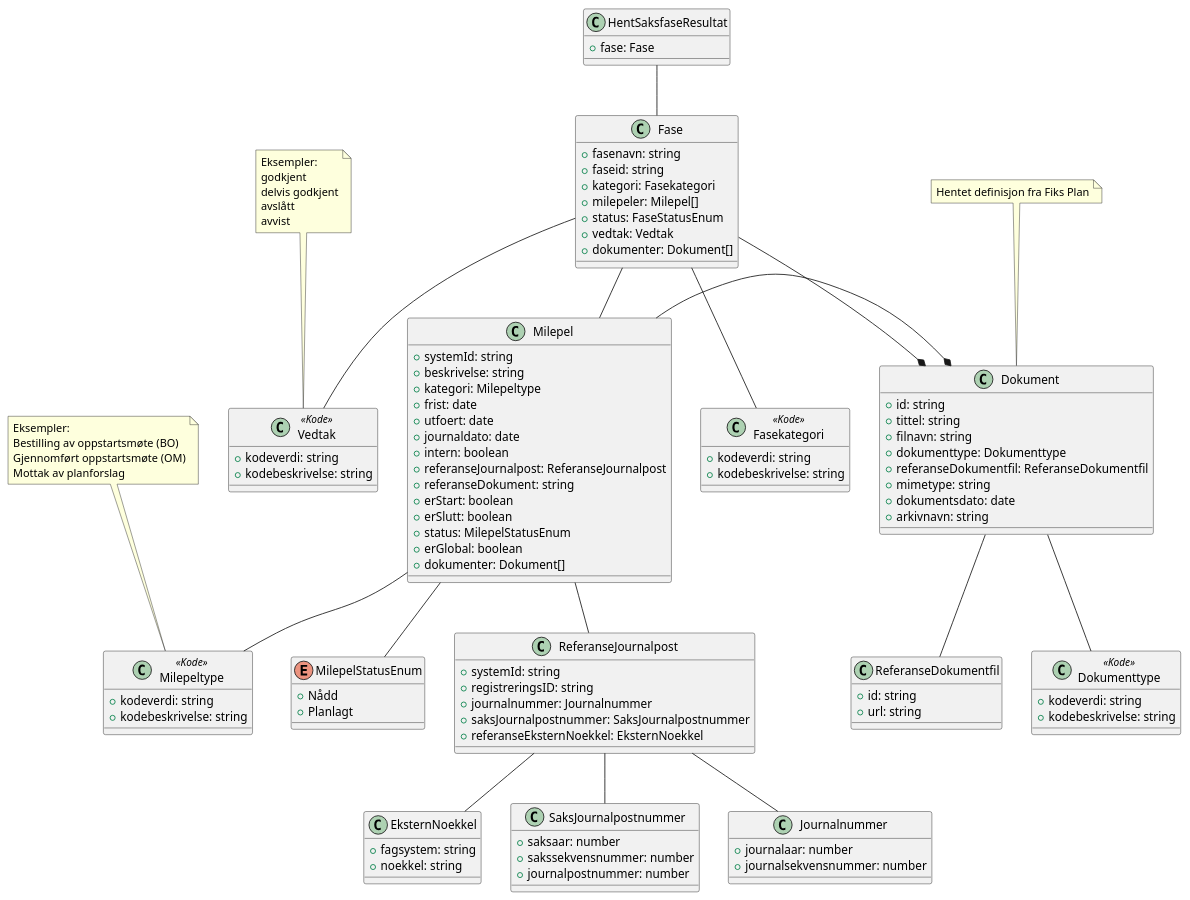
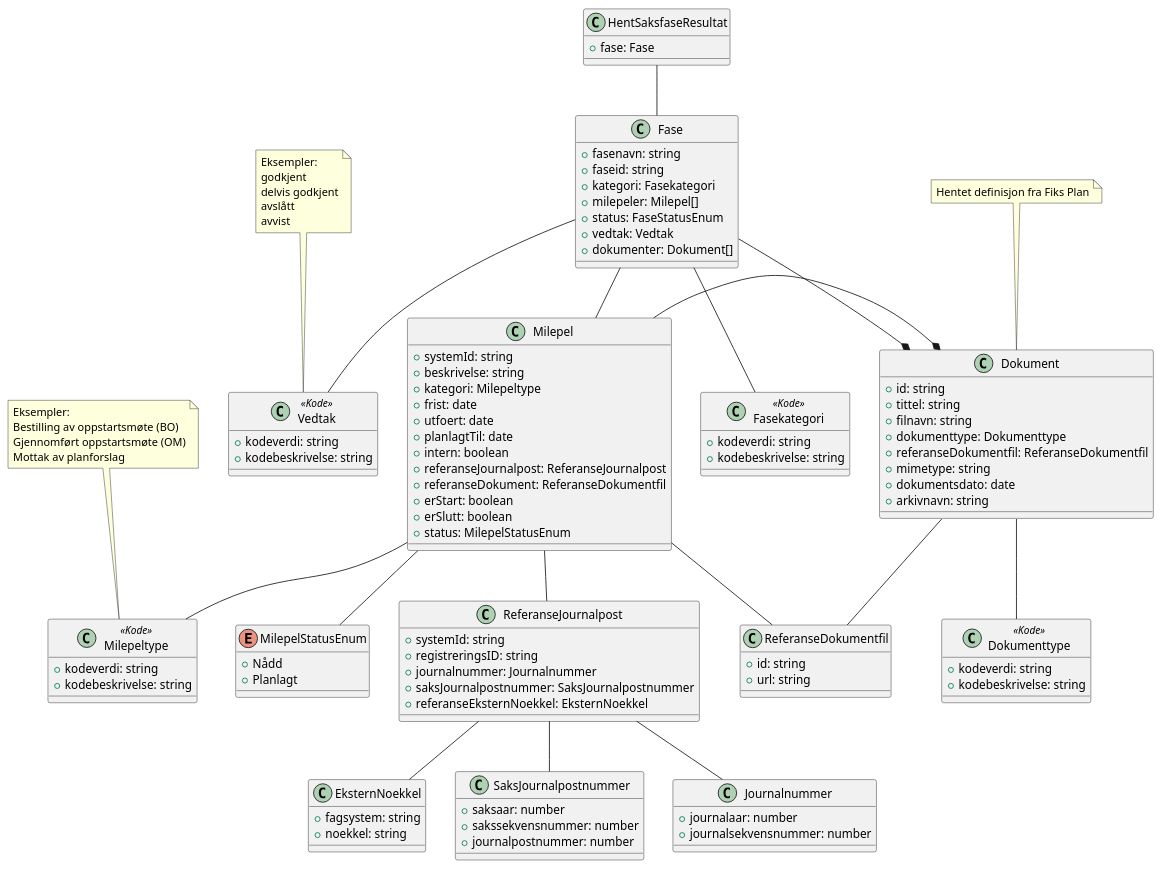
Before and after one commit to ks-no/fiks-saksfaser-specification: the diagram in Dokumentasjon/V1/ClassDiagrams/no.ks.fiks.saksfaser.v1.saksfase.hent.resultat/classdiagram.pu, drawn with PlantUML. The commit also changed 6 other files, not shown here.

```diff
--- a/Dokumentasjon/V1/ClassDiagrams/no.ks.fiks.saksfaser.v1.saksfase.hent.resultat/classdiagram.pu
+++ b/Dokumentasjon/V1/ClassDiagrams/no.ks.fiks.saksfaser.v1.saksfase.hent.resultat/classdiagram.pu
@@ -1,126 +1,125 @@
 @startuml
 
 class HentSaksfaseResultat {
     +fase: Fase
 }
 
 HentSaksfaseResultat -- Fase
 
 class Fase {
     +fasenavn: string
     +faseid: string
     +kategori: Fasekategori
     +milepeler: Milepel[]
     +status: FaseStatusEnum
     +vedtak: Vedtak
     +dokumenter: Dokument[]
 }
 
 Fase -* Dokument
 Fase -- Milepel
 Fase -- Fasekategori
 Fase -- Vedtak
 
 note top of Vedtak : Eksempler:\ngodkjent\ndelvis godkjent\navslått\navvist 
 
 class Vedtak <<Kode>> {
     +kodeverdi: string
     +kodebeskrivelse: string
 }
 
 class Fasekategori <<Kode>> {
     +kodeverdi: string
     +kodebeskrivelse: string
 }
 
 class Milepel {
     +systemId: string
     +beskrivelse: string
     +kategori: Milepeltype
     +frist: date
     +utfoert: date
-    +journaldato: date
+    +planlagtTil: date
     +intern: boolean
     +referanseJournalpost: ReferanseJournalpost
-    +referanseDokument: string
+    +referanseDokument: ReferanseDokumentfil
     +erStart: boolean
     +erSlutt: boolean
     +status: MilepelStatusEnum
-    +erGlobal: boolean
-    +dokumenter: Dokument[]
 }
 
 Milepel -- Milepeltype
 Milepel -- ReferanseJournalpost
+Milepel -- ReferanseDokumentfil
 
 note top of Milepeltype : Eksempler: \nBestilling av oppstartsmøte (BO)\nGjennomført oppstartsmøte (OM)\nMottak av planforslag
  
 class Milepeltype <<Kode>> {
     +kodeverdi: string
     +kodebeskrivelse: string
 }
 
 class ReferanseJournalpost {
     +systemId: string
     +registreringsID: string
     +journalnummer: Journalnummer
     +saksJournalpostnummer: SaksJournalpostnummer
     +referanseEksternNoekkel: EksternNoekkel
 }
 
 ReferanseJournalpost -- EksternNoekkel
 ReferanseJournalpost -- SaksJournalpostnummer
 ReferanseJournalpost -- Journalnummer
 
 class SaksJournalpostnummer {
     +saksaar: number
     +sakssekvensnummer: number
     +journalpostnummer: number
 }
 
 class Journalnummer {
     +journalaar: number
     +journalsekvensnummer: number
 }
 
 class EksternNoekkel {
     +fagsystem: string
     +noekkel: string
 }
 
 
 Milepel -- MilepelStatusEnum
 Milepel -* Dokument
 
 enum MilepelStatusEnum {
     +Nådd
     +Planlagt
 }
 
 note top of Dokument : Hentet definisjon fra Fiks Plan
 
 class Dokument {
     +id: string
     +tittel: string
     +filnavn: string
     +dokumenttype: Dokumenttype
     +referanseDokumentfil: ReferanseDokumentfil
     +mimetype: string
     +dokumentsdato: date
     +arkivnavn: string
 }
 
 Dokument -- Dokumenttype
 Dokument -- ReferanseDokumentfil
 
 class Dokumenttype <<Kode>> {
     +kodeverdi: string
     +kodebeskrivelse: string
 }
 
 class ReferanseDokumentfil {
     +id: string
     +url: string
 }
 
 @enduml
```
